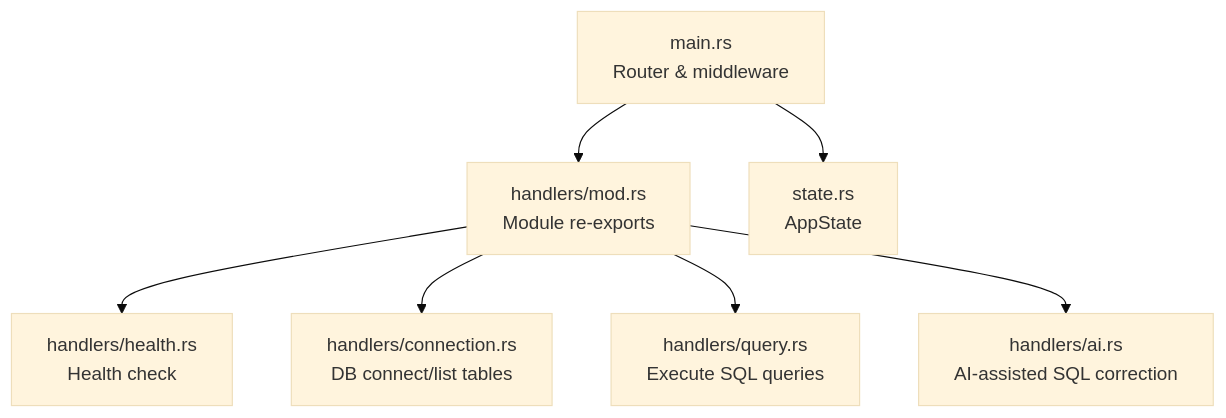
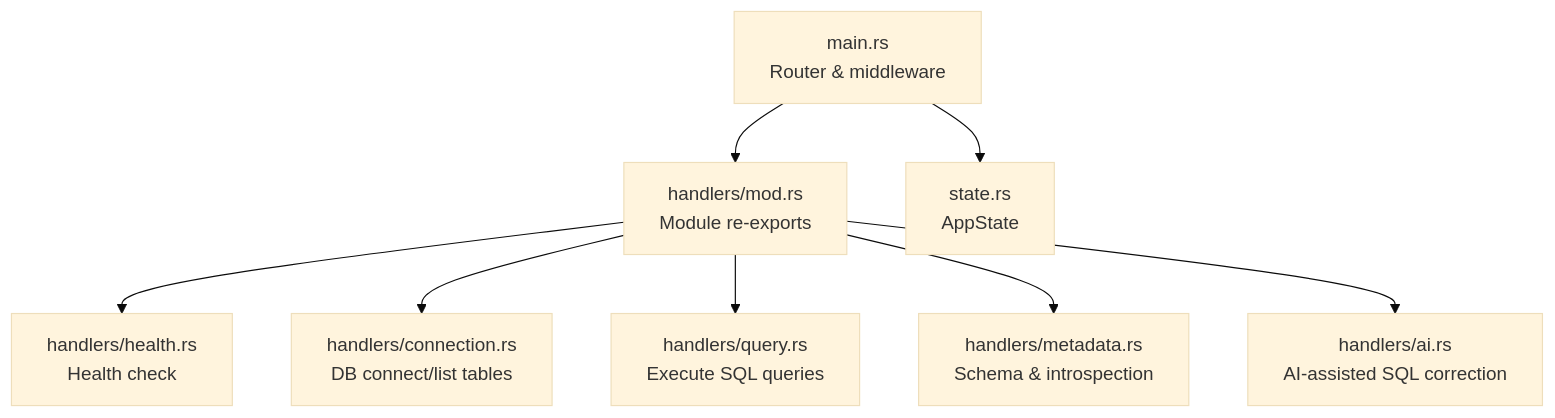
Before and after one commit to sutanto1010/crablite: the first of 3 diagrams in .qoder/repowiki/en/content/Backend Development/API Endpoints & Request Handlers.md, drawn with Mermaid (base theme). The commit also changed other lines of this file and 25 other files, not shown here.

First line of the commit message:
feat(metadata): add comprehensive database schema and internals API endpoints

````diff
--- a/.qoder/repowiki/en/content/Backend Development/API Endpoints & Request Handlers.md
+++ b/.qoder/repowiki/en/content/Backend Development/API Endpoints & Request Handlers.md
@@ -40,9 +51,10 @@
 ```mermaid
 graph TB
 A["main.rs<br/>Router & middleware"] --> B["handlers/mod.rs<br/>Module re-exports"]
 B --> C["handlers/health.rs<br/>Health check"]
 B --> D["handlers/connection.rs<br/>DB connect/list tables"]
 B --> E["handlers/query.rs<br/>Execute SQL queries"]
-B --> F["handlers/ai.rs<br/>AI-assisted SQL correction"]
-A --> G["state.rs<br/>AppState"]
+B --> F["handlers/metadata.rs<br/>Schema & introspection"]
+B --> G["handlers/ai.rs<br/>AI-assisted SQL correction"]
+A --> H["state.rs<br/>AppState"]
 ```
````
